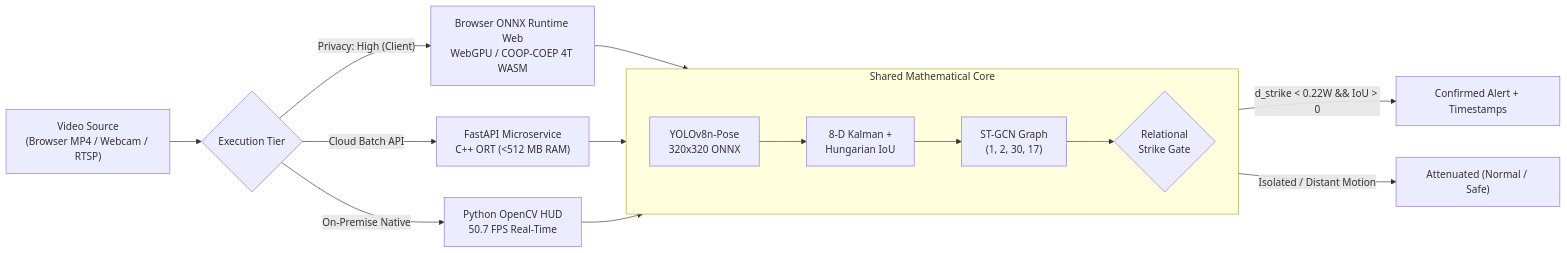
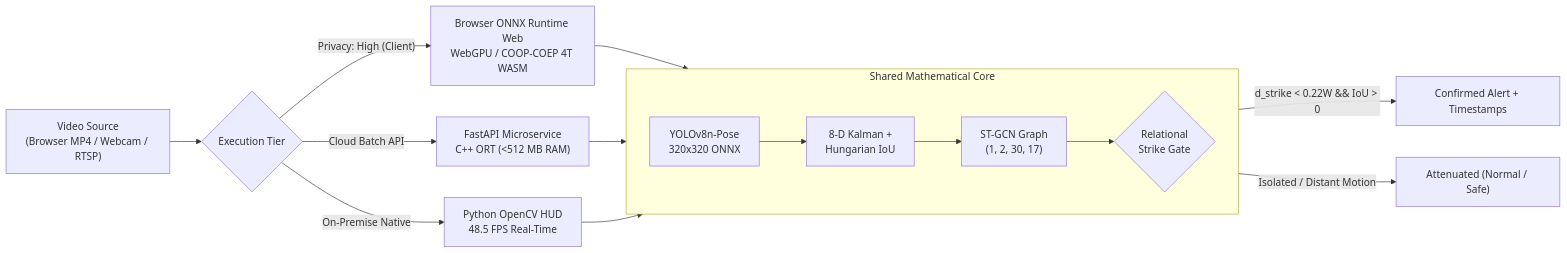
The diagram in README.md (Parth-Aish/Violence-Detection-Edge), drawn with Mermaid before and after one commit. The commit also changed other lines of this file and 4 other files, not shown here.

````diff
--- a/README.md
+++ b/README.md
@@ -96,21 +96,21 @@
 ```mermaid
 flowchart LR
     IN["Video Source<br/>(Browser MP4 / Webcam / RTSP)"] --> SPLIT{"Execution Tier"}
     SPLIT -->|"Privacy: High (Client)"| WASM["Browser ONNX Runtime Web<br/>WebGPU / COOP-COEP 4T WASM"]
     SPLIT -->|"Cloud Batch API"| API["FastAPI Microservice<br/>C++ ORT (&lt;512 MB RAM)"]
-    SPLIT -->|"On-Premise Native"| CLI["Python OpenCV HUD<br/>50.7 FPS Real-Time"]
+    SPLIT -->|"On-Premise Native"| CLI["Python OpenCV HUD<br/>48.5 FPS Real-Time"]
 
     WASM --> PIPE
     API --> PIPE
     CLI --> PIPE
 
     subgraph PIPE["Shared Mathematical Core"]
         direction LR
         Y["YOLOv8n-Pose<br/>320x320 ONNX"] --> K["8-D Kalman +<br/>Hungarian IoU"]
         K --> G["ST-GCN Graph<br/>(1, 2, 30, 17)"]
         G --> R{"Relational<br/>Strike Gate"}
     end
 
     R -->|"d_strike &lt; 0.22W &amp;&amp; IoU &gt; 0"| OUT["Confirmed Alert + Timestamps"]
     R -->|"Isolated / Distant Motion"| SAFE["Attenuated (Normal / Safe)"]
 ```
````
